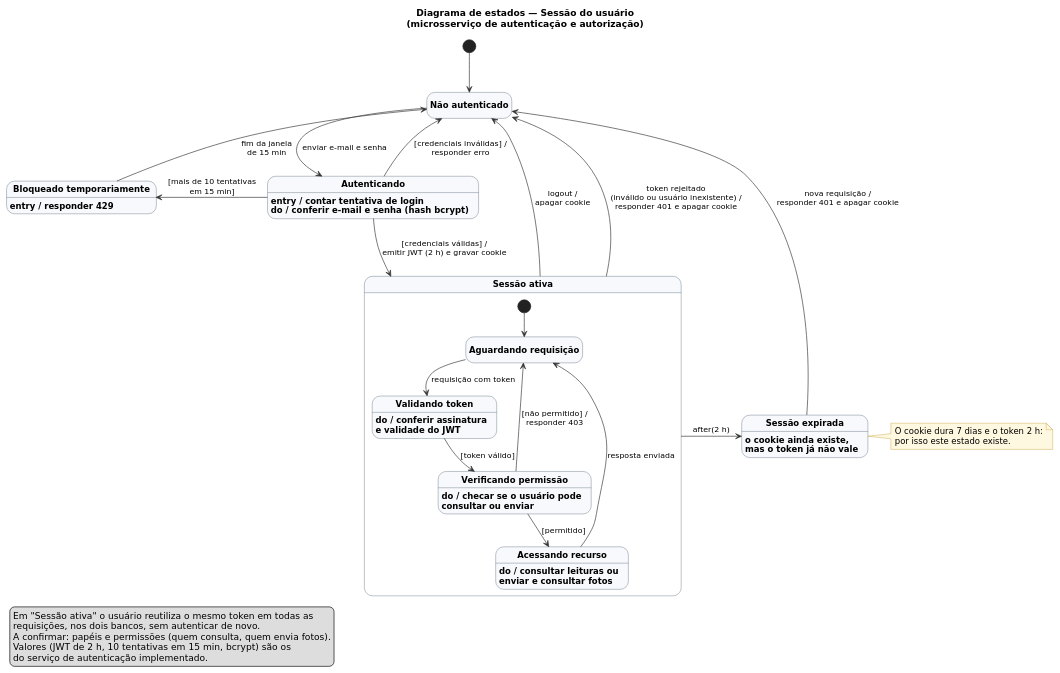
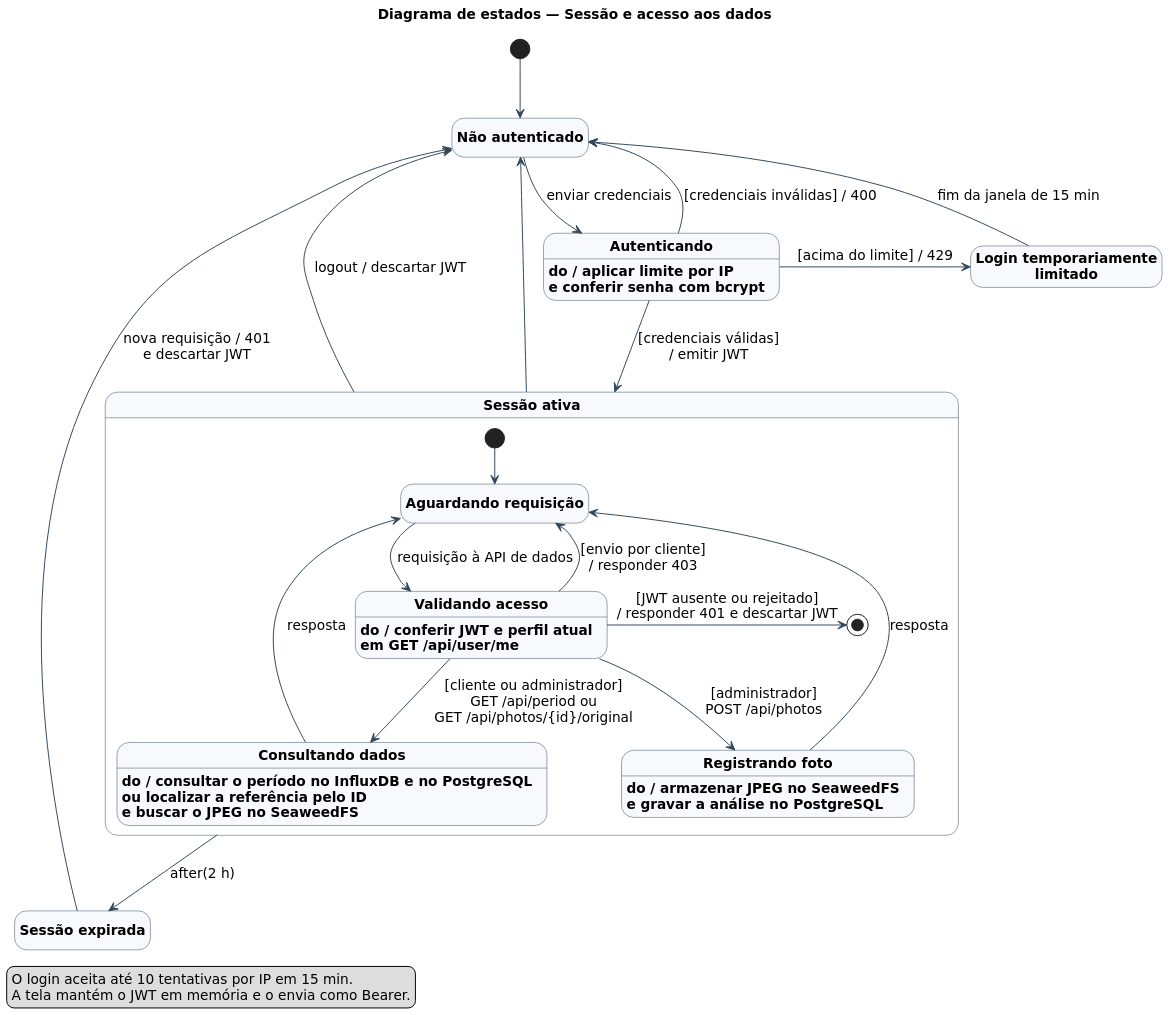
Before and after one commit to DavidsonWasserman/trabalho-sistemas-distribuidos: the diagram in docs/diagramas/diagrama_estado_sessao.puml, drawn with PlantUML. The commit also changed 4 other files, not shown here.

Commit message:
Atualiza os diagramas UML da entrega

```diff
--- a/docs/diagramas/diagrama_estado_sessao.puml
+++ b/docs/diagramas/diagrama_estado_sessao.puml
@@ -1,67 +1,55 @@
 @startuml diagrama_estado_sessao
-' Diagrama de estados UML - sessão do usuário no microsserviço de autenticação
-' Abrir em: https://www.plantuml.com/plantuml (colar o texto) ou extensão PlantUML do VS Code
-
-title Diagrama de estados — Sessão do usuário\n(microsserviço de autenticação e autorização)
+title Diagrama de estados — Sessão e acesso aos dados
+scale 1.5
 
 hide empty description
 skinparam shadowing false
 skinparam defaultFontName "DejaVu Sans"
-skinparam defaultFontSize 13
-skinparam ArrowColor #333333
-skinparam ArrowFontSize 12
+skinparam defaultFontSize 14
+skinparam ArrowColor #33475B
 skinparam state {
   BackgroundColor #F7F9FC
   BorderColor #33475B
   FontStyle bold
   StartColor #33475B
   EndColor #33475B
 }
-skinparam note {
-  BackgroundColor #FFF8E1
-  BorderColor #B8860B
-}
 
 state "Não autenticado" as NaoAutenticado
-state "Autenticando" as Autenticando : entry / contar tentativa de login\ndo / conferir e-mail e senha (hash bcrypt)
-state "Bloqueado temporariamente" as Bloqueado : entry / responder 429
-state "Sessão expirada" as Expirada : o cookie ainda existe,\nmas o token já não vale
+state "Autenticando" as Autenticando : do / aplicar limite por IP\ne conferir senha com bcrypt
+state "Login temporariamente\nlimitado" as Bloqueado
+state "Sessão expirada" as Expirada
+
+[*] -down-> NaoAutenticado
+NaoAutenticado -down-> Autenticando : enviar credenciais
+Autenticando -up-> NaoAutenticado : [credenciais inválidas] / 400
+Autenticando -right-> Bloqueado : [acima do limite] / 429
+Bloqueado -up-> NaoAutenticado : fim da janela de 15 min
 
 state "Sessão ativa" as Ativa {
   state "Aguardando requisição" as Aguardando
-  state "Validando token" as Validando : do / conferir assinatura\ne validade do JWT
-  state "Verificando permissão" as Permissao : do / checar se o usuário pode\nconsultar ou enviar
-  state "Acessando recurso" as Acessando : do / consultar leituras ou\nenviar e consultar fotos
+  state "Validando acesso" as Validando : do / conferir JWT e perfil atual\nem GET /api/user/me
+  state "Consultando dados" as Consultando : do / consultar o período no InfluxDB e no PostgreSQL\nou localizar a referência pelo ID\ne buscar o JPEG no SeaweedFS
+  state "Registrando foto" as Registrando : do / armazenar JPEG no SeaweedFS\ne gravar a análise no PostgreSQL
 
-  [*] --> Aguardando
-  Aguardando --> Validando : requisição com token
-  Validando --> Permissao : [token válido]
-  Permissao --> Acessando : [permitido]
-  Permissao --> Aguardando : [não permitido] /\nresponder 403
-  Acessando --> Aguardando : resposta enviada
+  [*] -down-> Aguardando
+  Aguardando -down-> Validando : requisição à API de dados
+  Validando -down-> Consultando : [cliente ou administrador]\nGET /api/period ou\nGET /api/photos/{id}/original
+  Validando -down-> Registrando : [administrador]\nPOST /api/photos
+  Validando -up-> Aguardando : [envio por cliente]\n/ responder 403
+  Consultando --> Aguardando : resposta
+  Registrando --> Aguardando : resposta
+  Validando -right-> [*] : [JWT ausente ou rejeitado]\n/ responder 401 e descartar JWT
 }
 
-[*] -down-> NaoAutenticado
-NaoAutenticado -down-> Autenticando : enviar e-mail e senha
-Autenticando -up-> NaoAutenticado : [credenciais inválidas] /\nresponder erro
-Autenticando -left-> Bloqueado : [mais de 10 tentativas\nem 15 min]
-Bloqueado -up-> NaoAutenticado : fim da janela\nde 15 min
-Autenticando -down-> Ativa : [credenciais válidas] /\nemitir JWT (2 h) e gravar cookie
-Ativa -right-> Expirada : after(2 h)
-Expirada -up-> NaoAutenticado : nova requisição /\nresponder 401 e apagar cookie
-Ativa -up-> NaoAutenticado : logout /\napagar cookie
-Ativa -up-> NaoAutenticado : token rejeitado\n(inválido ou usuário inexistente) /\nresponder 401 e apagar cookie
-
-note right of Expirada
-  O cookie dura 7 dias e o token 2 h:
-  por isso este estado existe.
-end note
+Autenticando -down-> Ativa : [credenciais válidas]\n/ emitir JWT
+Ativa -down-> Expirada : after(2 h)
+Expirada -left-> NaoAutenticado : nova requisição / 401\ne descartar JWT
+Ativa -up-> NaoAutenticado
+Ativa -left-> NaoAutenticado : logout / descartar JWT
 
 legend bottom left
-  Em "Sessão ativa" o usuário reutiliza o mesmo token em todas as
-  requisições, nos dois bancos, sem autenticar de novo.
-  A confirmar: papéis e permissões (quem consulta, quem envia fotos).
-  Valores (JWT de 2 h, 10 tentativas em 15 min, bcrypt) são os
-  do serviço de autenticação implementado.
+  O login aceita até 10 tentativas por IP em 15 min.
+  A tela mantém o JWT em memória e o envia como Bearer.
 endlegend
 @enduml
```
